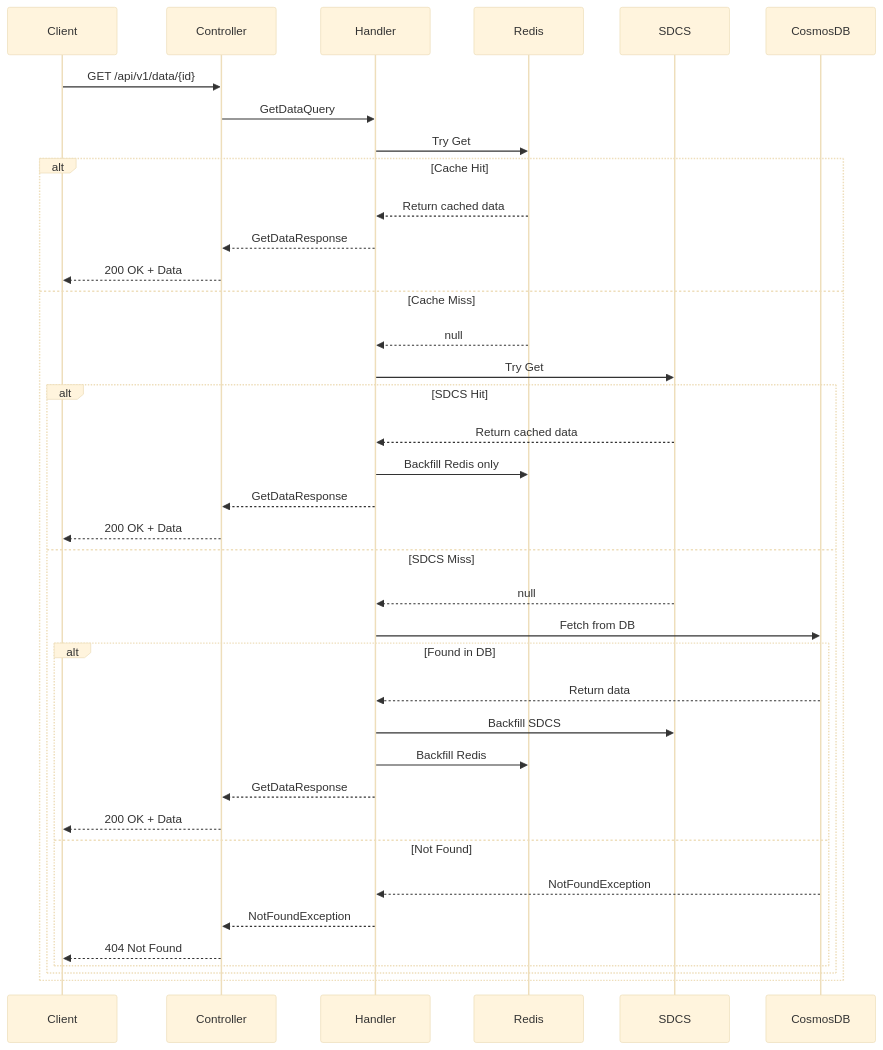
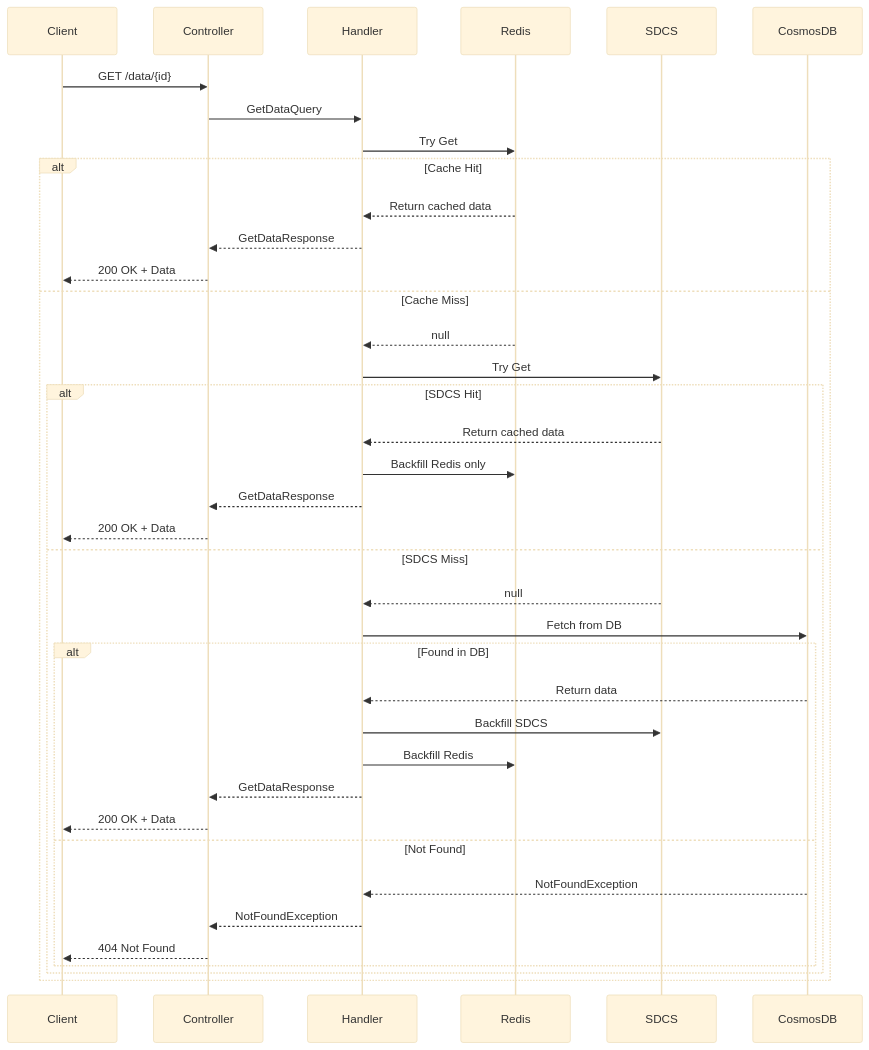
The first of 2 diagrams in README.md (elvisskensberg/DotNet-MultiLayered-Cache-Task), drawn with Mermaid (base theme) before and after one commit. The commit also changed other lines of this file, not shown here.

````diff
--- a/README.md
+++ b/README.md
@@ -328,44 +328,44 @@
 ```mermaid
 sequenceDiagram
     participant Client
     participant Controller
     participant Handler
     participant Redis
     participant SDCS
     participant CosmosDB
 
-    Client->>Controller: GET /api/v1/data/{id}
+    Client->>Controller: GET /data/{id}
     Controller->>Handler: GetDataQuery
     Handler->>Redis: Try Get
 
     alt Cache Hit
         Redis-->>Handler: Return cached data
         Handler-->>Controller: GetDataResponse
         Controller-->>Client: 200 OK + Data
     else Cache Miss
         Redis-->>Handler: null
         Handler->>SDCS: Try Get
 
         alt SDCS Hit
             SDCS-->>Handler: Return cached data
             Handler->>Redis: Backfill Redis only
             Handler-->>Controller: GetDataResponse
             Controller-->>Client: 200 OK + Data
         else SDCS Miss
             SDCS-->>Handler: null
             Handler->>CosmosDB: Fetch from DB
 
             alt Found in DB
                 CosmosDB-->>Handler: Return data
                 Handler->>SDCS: Backfill SDCS
                 Handler->>Redis: Backfill Redis
                 Handler-->>Controller: GetDataResponse
                 Controller-->>Client: 200 OK + Data
             else Not Found
                 CosmosDB-->>Handler: NotFoundException
                 Handler-->>Controller: NotFoundException
                 Controller-->>Client: 404 Not Found
             end
         end
     end
 ```
````
